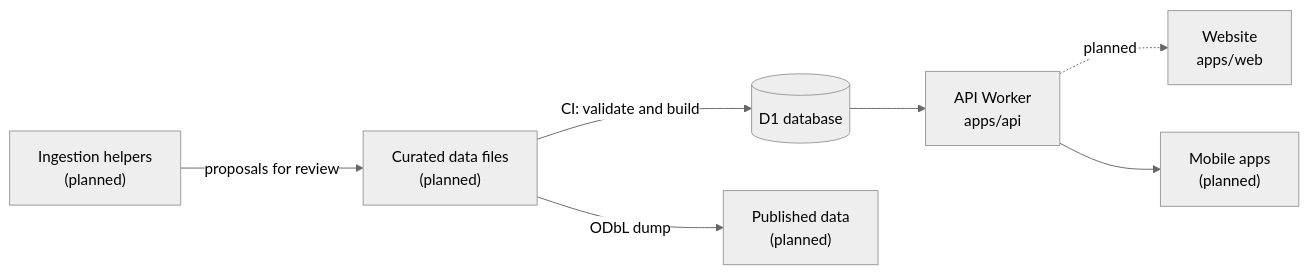
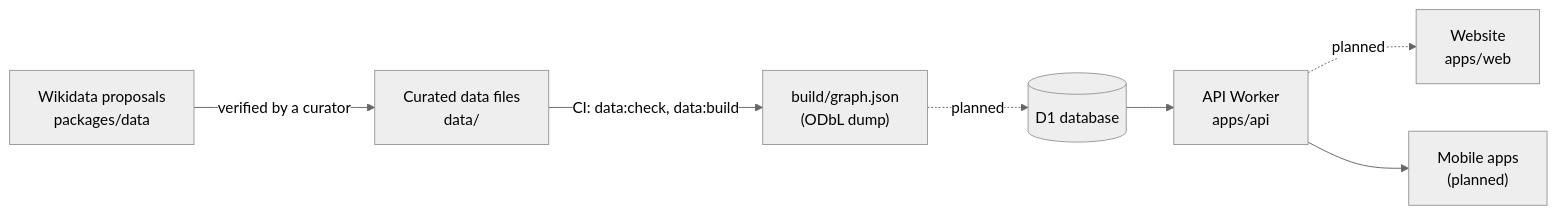
The diagram in docs/architecture.md (areksh/ownerfinder), drawn with Mermaid (neutral theme) before and after one commit. The commit also changed other lines of this file and 3 other files, not shown here.

First line of the commit message:
docs: document the curated data and its tools

````diff
--- a/docs/architecture.md
+++ b/docs/architecture.md
@@ -15,9 +15,9 @@
 ```mermaid
 flowchart LR
-  data["Curated data files<br/>(planned)"] -->|CI: validate and build| d1[("D1 database")]
-  ingest["Ingestion helpers<br/>(planned)"] -->|proposals for review| data
+  ingest["Wikidata proposals<br/>packages/data"] -->|verified by a curator| data["Curated data files<br/>data/"]
+  data -->|CI: data:check, data:build| dump["build/graph.json<br/>(ODbL dump)"]
+  dump -.->|planned| d1[("D1 database")]
   d1 --> api["API Worker<br/>apps/api"]
   api -.->|planned| web["Website<br/>apps/web"]
   api --> mobile["Mobile apps<br/>(planned)"]
-  data -->|ODbL dump| dump["Published data<br/>(planned)"]
 ```
````
